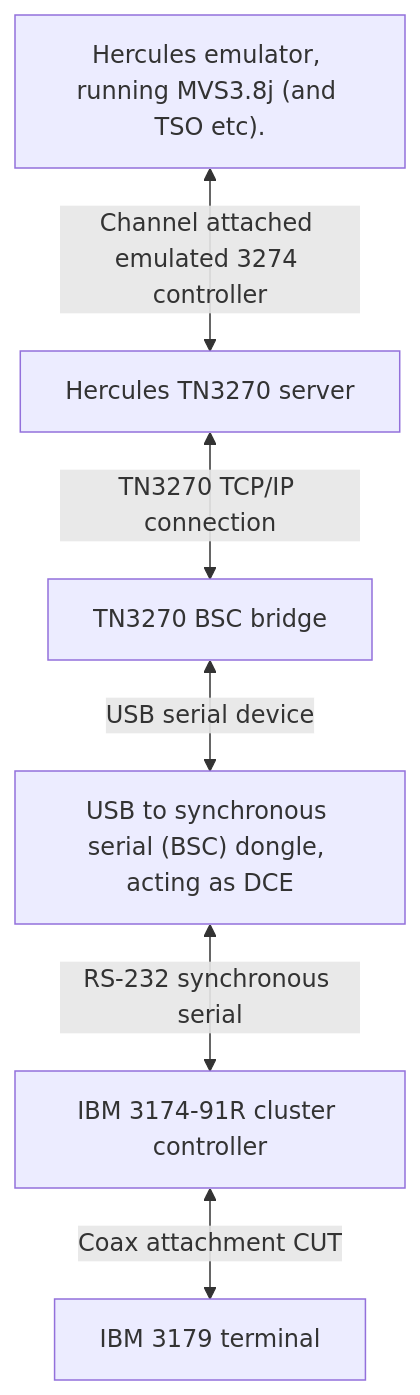
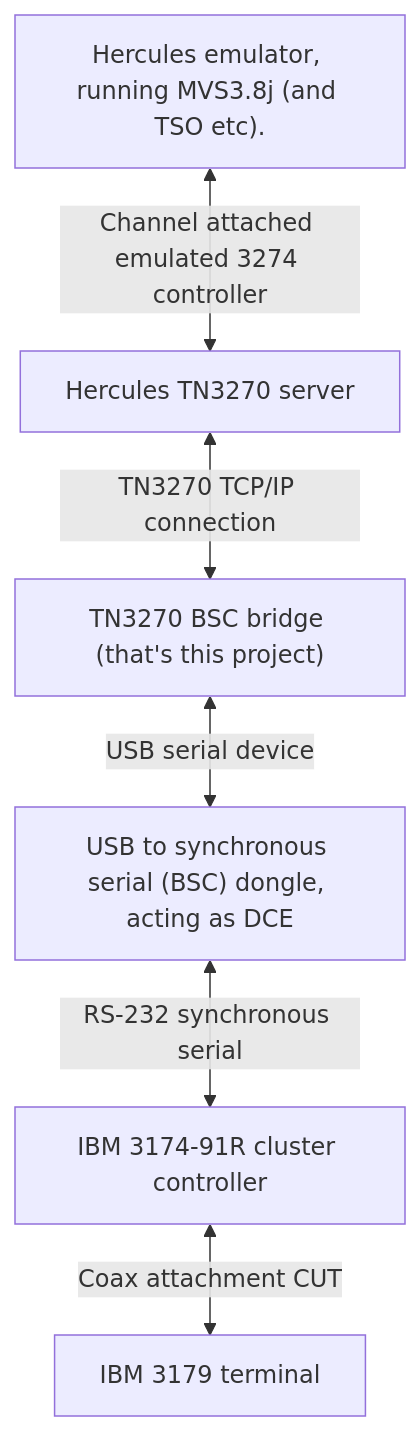
The diagram in README.md (twinslow/tn3270-bsc-bridge), drawn with Mermaid before and after one commit.

Commit message:
Updated README.md file.

````diff
--- a/README.md
+++ b/README.md
@@ -14,14 +14,14 @@
 ```mermaid
 flowchart TD
     mvs["Hercules emulator, running MVS3.8j (and TSO etc)."]
     tn3270[Hercules TN3270 server]
-    bridge[TN3270 BSC bridge]
+    bridge["TN3270 BSC bridge (that's this project)"]
     dongle["USB to synchronous serial (BSC) dongle, acting as DCE"]
     3174[IBM 3174-91R cluster controller]
     3179[IBM 3179 terminal]
     mvs <-->|Channel attached emulated 3274 controller|tn3270
     tn3270 <--> |TN3270 TCP/IP connection|bridge
     bridge <--> |USB serial device|dongle
     dongle <--> |RS-232 synchronous serial|3174
     3174 <--> |Coax attachment CUT|3179
 ```
````
